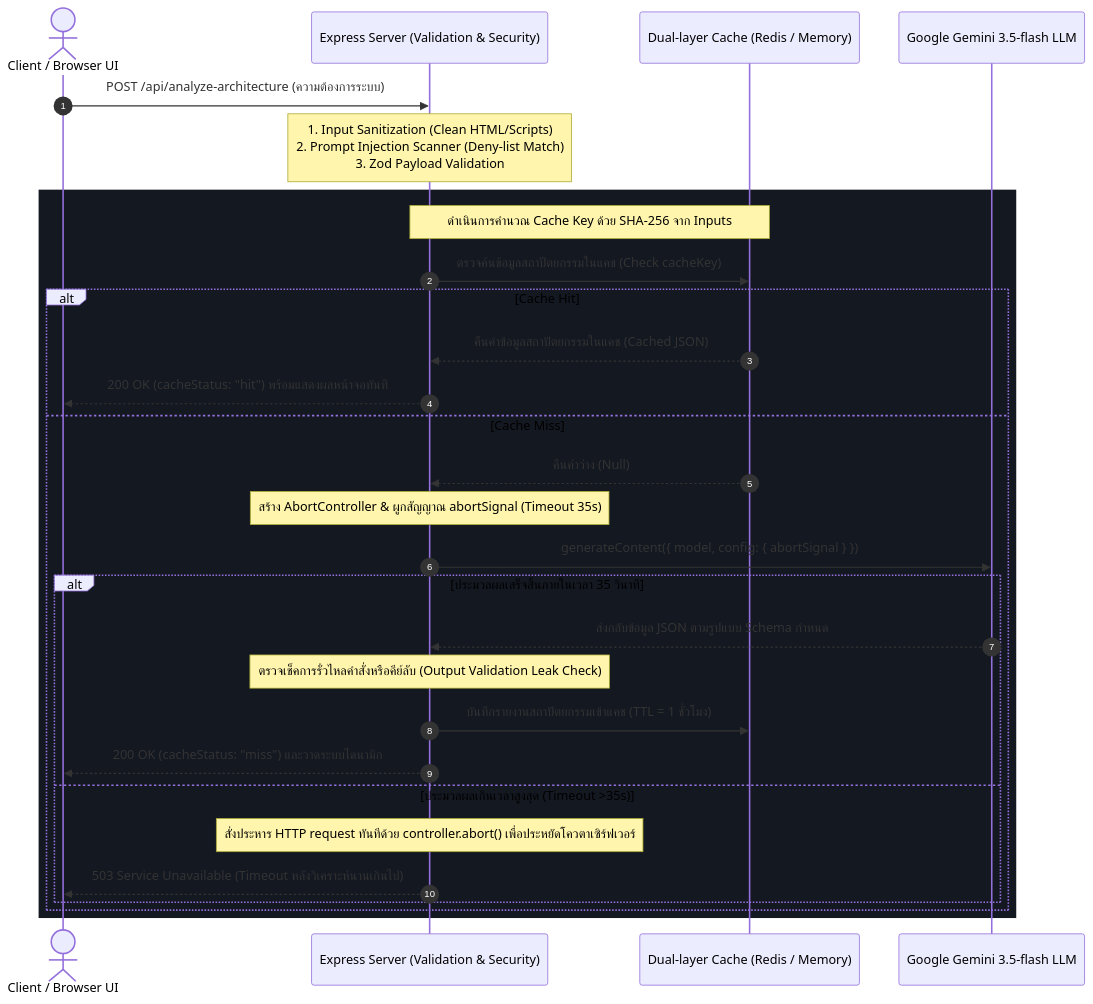
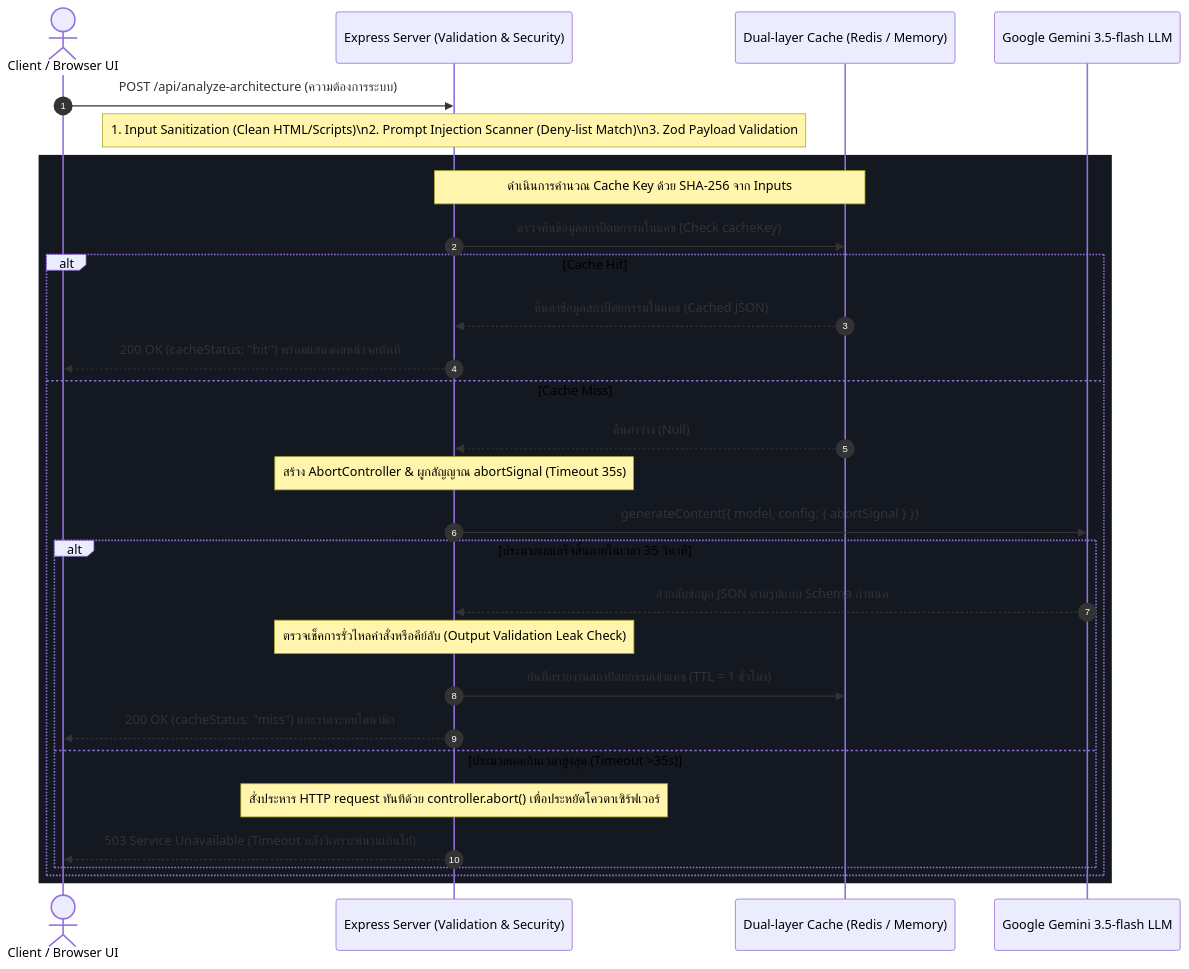
Before and after one commit to niphan1000-cyber1000/infra-planner-ai: the diagram in README.md, drawn with Mermaid. The commit also changed 8 other files, not shown here.

````diff
--- a/README.md
+++ b/README.md
@@ -53,34 +53,34 @@
 ```mermaid
 sequenceDiagram
     autonumber
     actor User as Client / Browser UI
     participant App as Express Server (Validation & Security)
     participant Cache as Dual-layer Cache (Redis / Memory)
     participant Gemini as Google Gemini 3.5-flash LLM
 
     User->>App: POST /api/analyze-architecture (ความต้องการระบบ)
-    Note over App: 1. Input Sanitization (Clean HTML/Scripts)<br/>2. Prompt Injection Scanner (Deny-list Match)<br/>3. Zod Payload Validation
+    Note over App: 1. Input Sanitization (Clean HTML/Scripts)\n2. Prompt Injection Scanner (Deny-list Match)\n3. Zod Payload Validation
     
     rect rgb(20, 24, 33)
         Note over App, Cache: ดำเนินการคำนวณ Cache Key ด้วย SHA-256 จาก Inputs
         App->>Cache: ตรวจค้นข้อมูลสถาปัตยกรรมในแคช (Check cacheKey)
         alt Cache Hit
             Cache-->>App: คืนค่าข้อมูลสถาปัตยกรรมในแคช (Cached JSON)
             App-->>User: 200 OK (cacheStatus: "hit") พร้อมแสดงผลหน้าจอทันที
         else Cache Miss
             Cache-->>App: คืนค่าว่าง (Null)
             Note over App: สร้าง AbortController & ผูกสัญญาณ abortSignal (Timeout 35s)
             App->>Gemini: generateContent({ model, config: { abortSignal } })
             
             alt ประมวลผลเสร็จสิ้นภายในเวลา 35 วินาที
                 Gemini-->>App: ส่งกลับข้อมูล JSON ตามรูปแบบ Schema กำหนด
                 Note over App: ตรวจเช็คการรั่วไหลคำสั่งหรือคีย์ลับ (Output Validation Leak Check)
                 App->>Cache: บันทึกรายงานสถาปัตยกรรมเข้าแคช (TTL = 1 ชั่วโมง)
                 App-->>User: 200 OK (cacheStatus: "miss") และวาดระบบไดนามิก
             else ประมวลผลเกินเวลาสูงสุด (Timeout >35s)
                 Note over App: สั่งประหาร HTTP request ทันทีด้วย controller.abort() เพื่อประหยัดโควตาเซิร์ฟเวอร์
                 App-->>User: 503 Service Unavailable (Timeout หลังวิเคราะห์นานเกินไป)
             end
         end
     end
 ```
````
